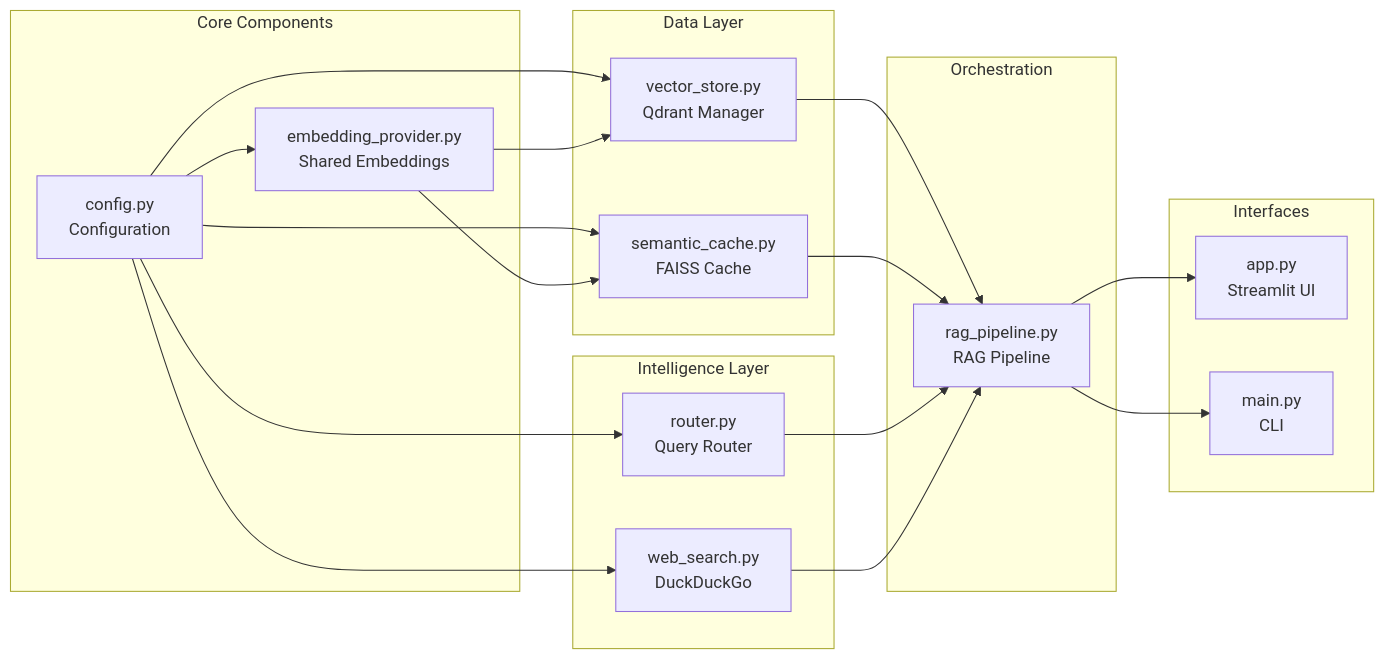
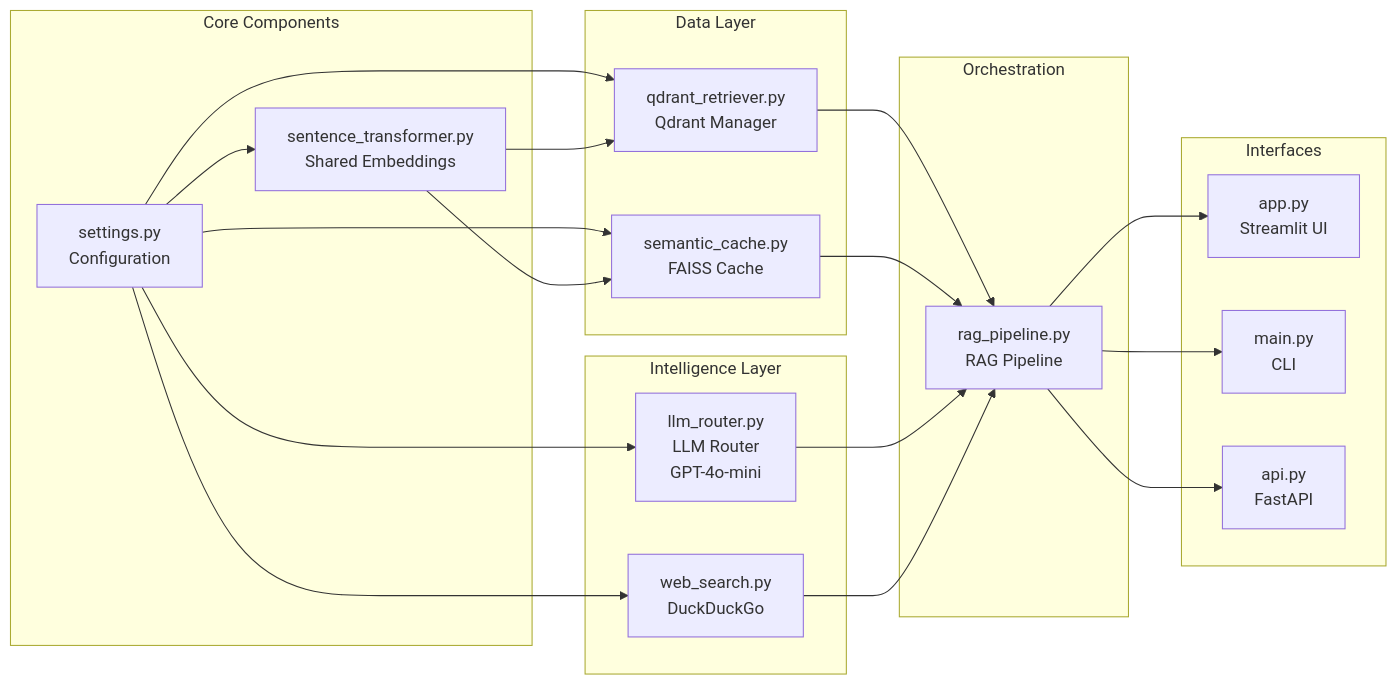
The third of 5 diagrams in README.md (brianvanko/agentic-search-engine), drawn with Mermaid before and after one commit. The commit also changed other lines of this file and 12 other files, not shown here.

````diff
--- a/README.md
+++ b/README.md
@@ -117,43 +117,45 @@
 ```mermaid
 graph LR
     subgraph "Core Components"
-        CONFIG[config.py<br/>Configuration]
-        EP[embedding_provider.py<br/>Shared Embeddings]
+        CONFIG[settings.py<br/>Configuration]
+        EP[sentence_transformer.py<br/>Shared Embeddings]
     end
 
     subgraph "Data Layer"
-        VS[vector_store.py<br/>Qdrant Manager]
+        VS[qdrant_retriever.py<br/>Qdrant Manager]
         SC[semantic_cache.py<br/>FAISS Cache]
     end
 
     subgraph "Intelligence Layer"
-        RT[router.py<br/>Query Router]
+        RT[llm_router.py<br/>LLM Router<br/>GPT-4o-mini]
         WS[web_search.py<br/>DuckDuckGo]
     end
 
     subgraph "Orchestration"
         RAG[rag_pipeline.py<br/>RAG Pipeline]
     end
 
     subgraph "Interfaces"
         APP[app.py<br/>Streamlit UI]
         CLI[main.py<br/>CLI]
+        API[api.py<br/>FastAPI]
     end
 
     CONFIG --> EP
     CONFIG --> VS
     CONFIG --> SC
     CONFIG --> RT
     CONFIG --> WS
 
     EP --> VS
     EP --> SC
 
     VS --> RAG
     SC --> RAG
     RT --> RAG
     WS --> RAG
 
     RAG --> APP
     RAG --> CLI
+    RAG --> API
 ```
````
